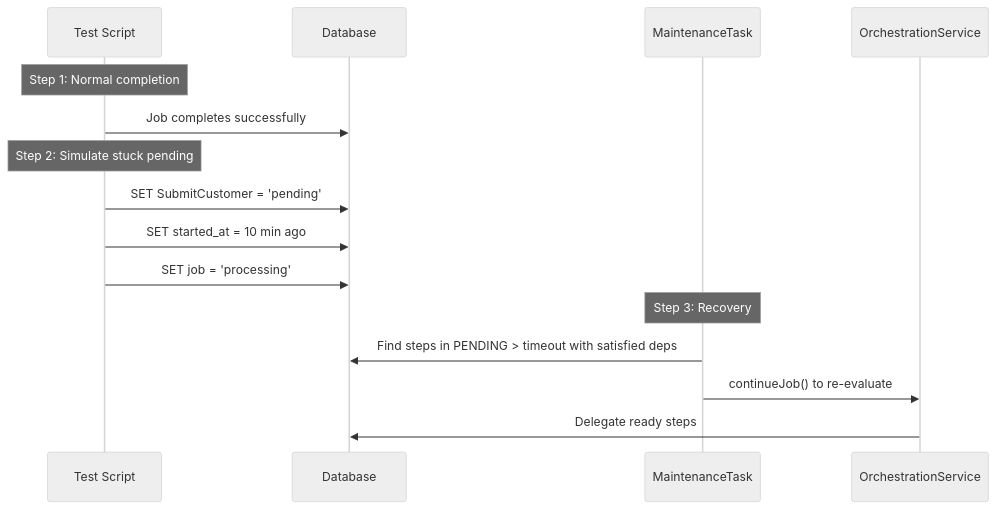
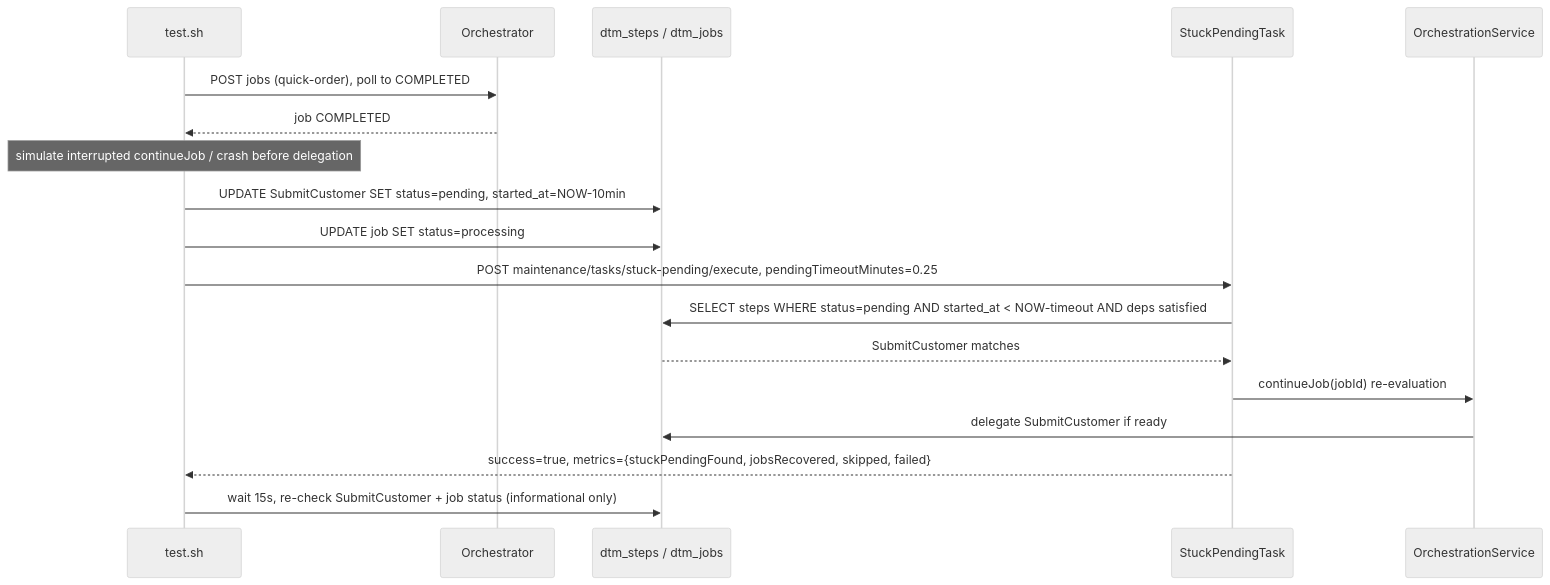
Before and after one commit to inctasoft/setpoint-evals-dtm-examples: the diagram in setpoint-evals/SE-12-stuck-pending-recovery/README.md, drawn with Mermaid (neutral theme). The commit also changed other lines of this file and 12 other files, not shown here.

````diff
--- a/setpoint-evals/SE-12-stuck-pending-recovery/README.md
+++ b/setpoint-evals/SE-12-stuck-pending-recovery/README.md
@@ -13,20 +23,24 @@
 ```mermaid
 sequenceDiagram
-    participant TEST as Test Script
-    participant DB as Database
-    participant TASK as MaintenanceTask
-    participant ORCH as OrchestrationService
+    participant T as test.sh
+    participant O as Orchestrator
+    participant DB as dtm_steps / dtm_jobs
+    participant Task as StuckPendingTask
+    participant Orch as OrchestrationService
 
-    Note over TEST: Step 1: Normal completion
-    TEST->>DB: Job completes successfully
+    T->>O: POST jobs (quick-order), poll to COMPLETED
+    O-->>T: job COMPLETED
 
-    Note over TEST: Step 2: Simulate stuck pending
-    TEST->>DB: SET SubmitCustomer = 'pending'
-    TEST->>DB: SET started_at = 10 min ago
-    TEST->>DB: SET job = 'processing'
+    Note over T: simulate interrupted continueJob / crash before delegation
+    T->>DB: UPDATE SubmitCustomer SET status=pending, started_at=NOW-10min
+    T->>DB: UPDATE job SET status=processing
 
-    Note over TASK: Step 3: Recovery
-    TASK->>DB: Find steps in PENDING > timeout with satisfied deps
-    TASK->>ORCH: continueJob() to re-evaluate
-    ORCH->>DB: Delegate ready steps
+    T->>Task: POST maintenance/tasks/stuck-pending/execute, pendingTimeoutMinutes=0.25
+    Task->>DB: SELECT steps WHERE status=pending AND started_at < NOW-timeout AND deps satisfied
+    DB-->>Task: SubmitCustomer matches
+    Task->>Orch: continueJob(jobId) re-evaluation
+    Orch->>DB: delegate SubmitCustomer if ready
+    Task-->>T: success=true, metrics={stuckPendingFound, jobsRecovered, skipped, failed}
+
+    T->>DB: wait 15s, re-check SubmitCustomer + job status (informational only)
 ```
````
